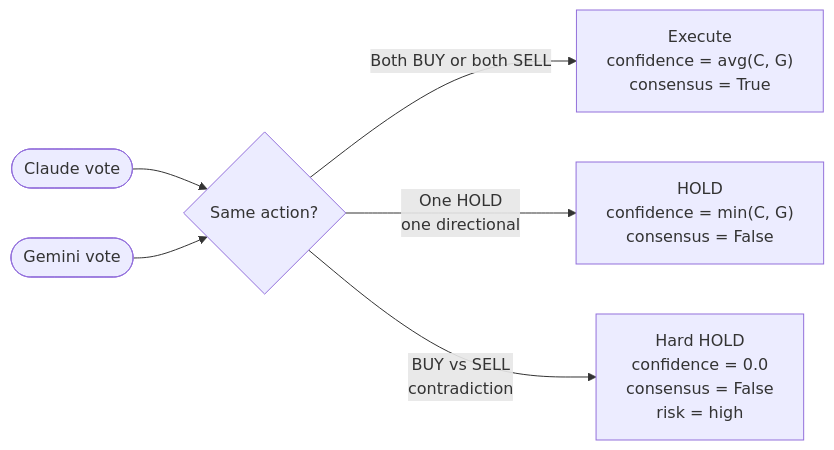
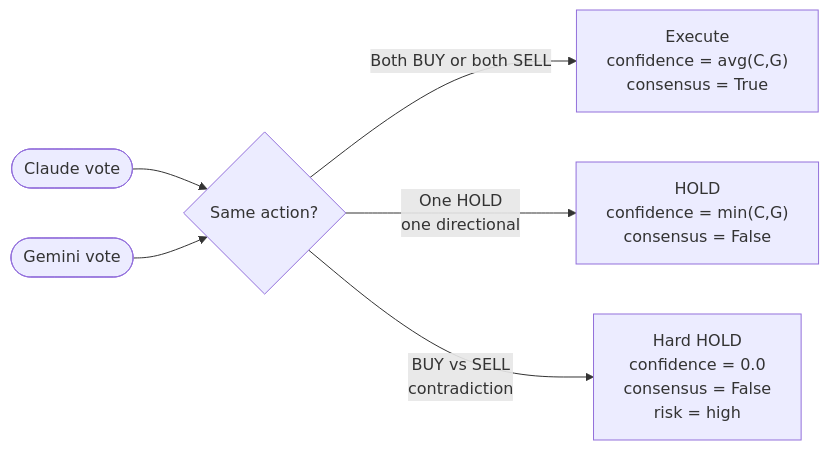
The third of 5 diagrams in README.md (ErickZBrambila/argus), drawn with Mermaid before and after one commit. The commit also changed other lines of this file and 5 other files, not shown here.

````diff
--- a/README.md
+++ b/README.md
@@ -99,8 +111,8 @@
 ```mermaid
 flowchart LR
     C([Claude vote]) --> CC{Same action?}
     G([Gemini vote]) --> CC
-    CC -- "Both BUY or both SELL" --> AGR["Execute\nconfidence = avg(C, G)\nconsensus = True"]
-    CC -- "One HOLD\none directional" --> CON["HOLD\nconfidence = min(C, G)\nconsensus = False"]
+    CC -- "Both BUY or both SELL" --> AGR["Execute\nconfidence = avg(C,G)\nconsensus = True"]
+    CC -- "One HOLD\none directional" --> CON["HOLD\nconfidence = min(C,G)\nconsensus = False"]
     CC -- "BUY vs SELL\ncontradiction" --> HARD["Hard HOLD\nconfidence = 0.0\nconsensus = False\nrisk = high"]
 ```
````
